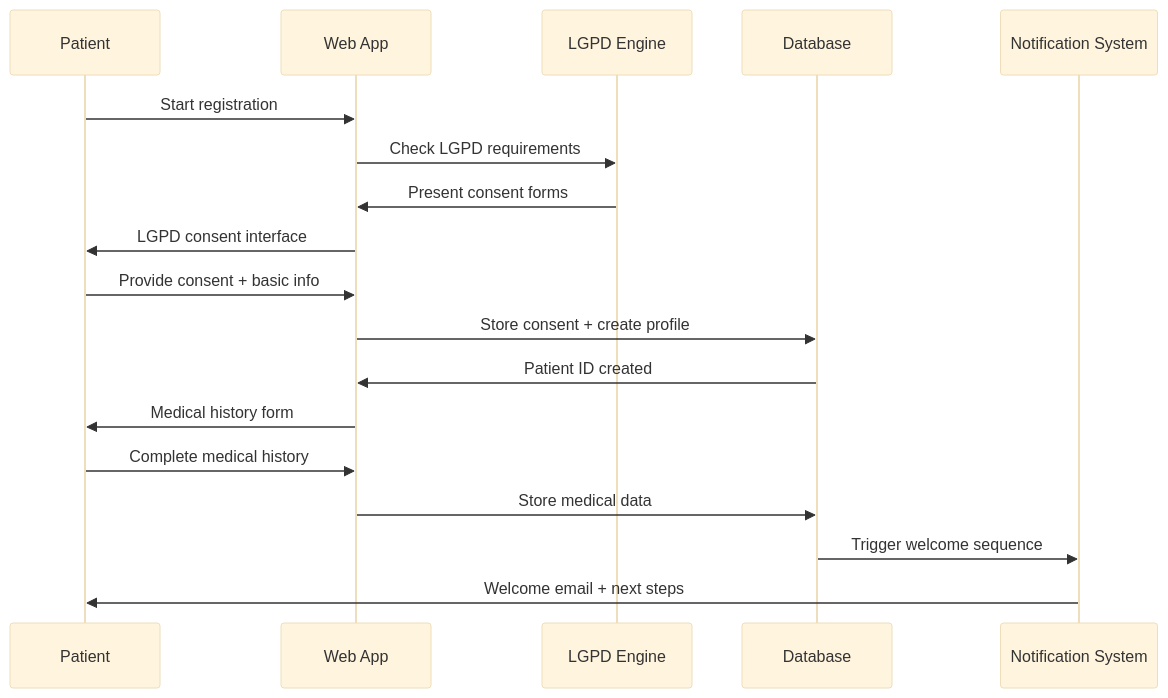
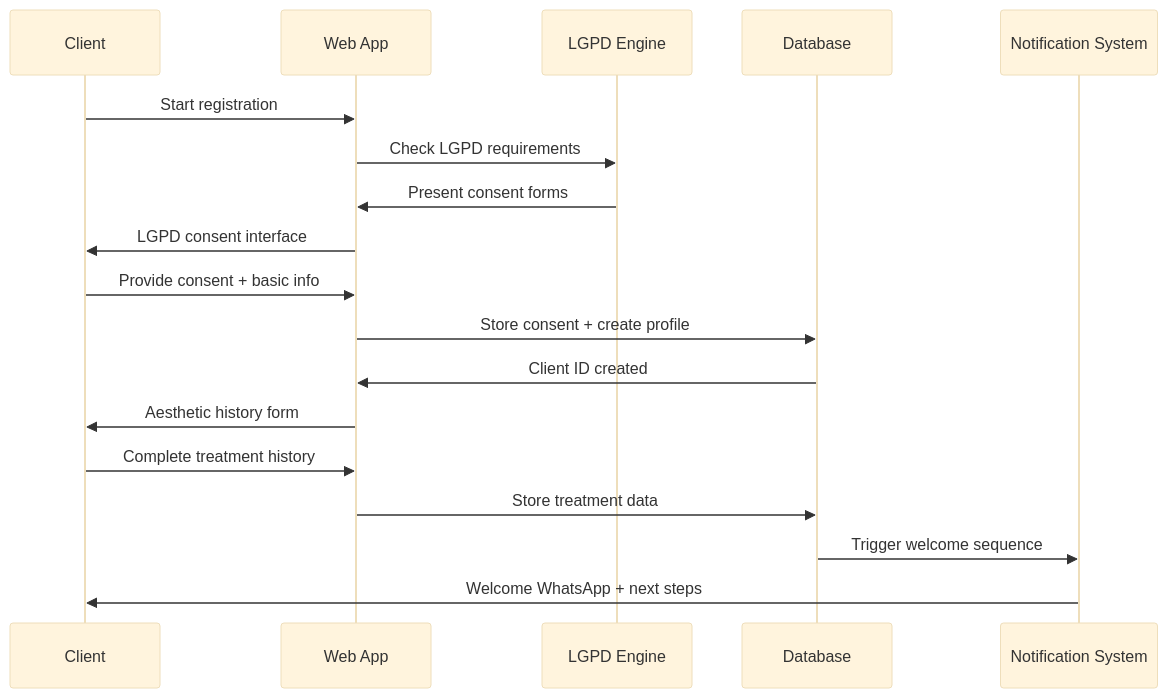
Before and after one commit to GrupoUS/neonpro: the third of 16 diagrams in docs/architecture/aesthetic-platform-flows.md, drawn with Mermaid (base theme). The commit also changed other lines of this file and 892 other files, not shown here.

````diff
--- a/docs/architecture/aesthetic-platform-flows.md
+++ b/docs/architecture/aesthetic-platform-flows.md
@@ -101,21 +112,21 @@
 ```mermaid
 sequenceDiagram
-    participant P as Patient
+    participant C as Client
     participant W as Web App
     participant L as LGPD Engine
     participant DB as Database
     participant N as Notification System
 
-    P->>W: Start registration
+    C->>W: Start registration
     W->>L: Check LGPD requirements
     L->>W: Present consent forms
-    W->>P: LGPD consent interface
-    P->>W: Provide consent + basic info
+    W->>C: LGPD consent interface
+    C->>W: Provide consent + basic info
     W->>DB: Store consent + create profile
-    DB->>W: Patient ID created
-    W->>P: Medical history form
-    P->>W: Complete medical history
-    W->>DB: Store medical data
+    DB->>W: Client ID created
+    W->>C: Aesthetic history form
+    C->>W: Complete treatment history
+    W->>DB: Store treatment data
     DB->>N: Trigger welcome sequence
-    N->>P: Welcome email + next steps
+    N->>C: Welcome WhatsApp + next steps
 ```
````
